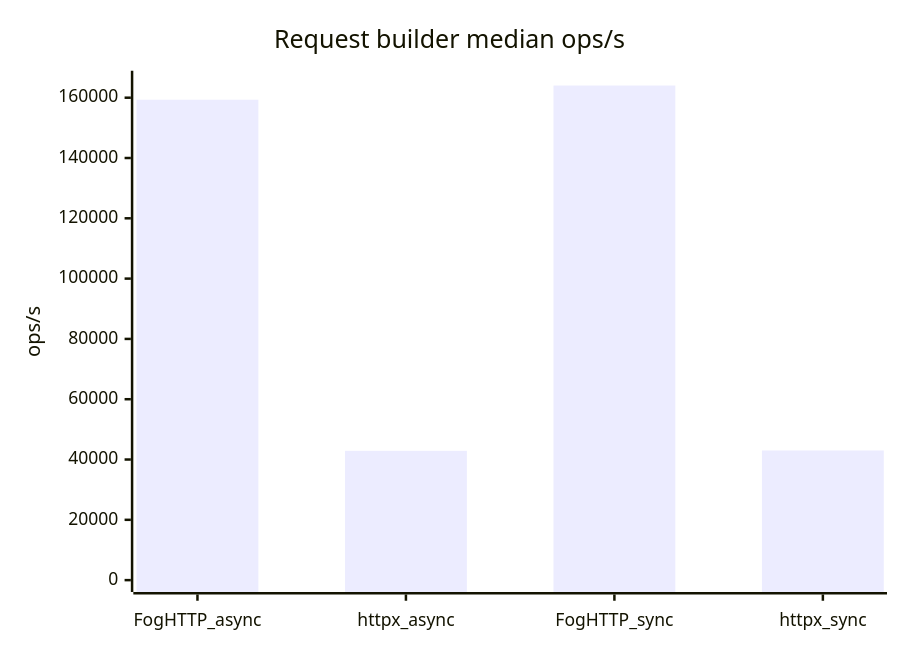
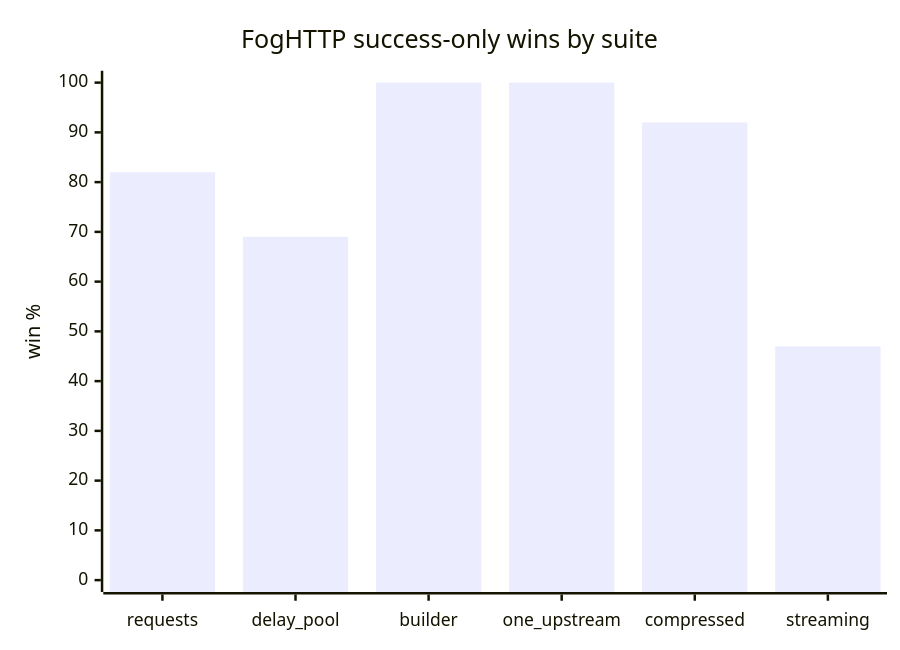
The first of 3 diagrams in docs/benchmarks.md (AmberFog/foghttp), drawn with Mermaid before and after one commit. The commit also changed other lines of this file, not shown here.

````diff
--- a/docs/benchmarks.md
+++ b/docs/benchmarks.md
@@ -234,7 +73,7 @@
 ```mermaid
 xychart-beta
-    title "Request builder median ops/s"
-    x-axis [FogHTTP_async, httpx_async, FogHTTP_sync, httpx_sync]
-    y-axis "ops/s" 0 --> 165000
-    bar [159329.5, 42890.4, 164034.8, 42997.4]
+    title "FogHTTP success-only wins by suite"
+    x-axis [requests, delay_pool, builder, one_upstream, compressed, streaming]
+    y-axis "win %" 0 --> 100
+    bar [82, 69, 100, 100, 92, 47]
 ```
````
